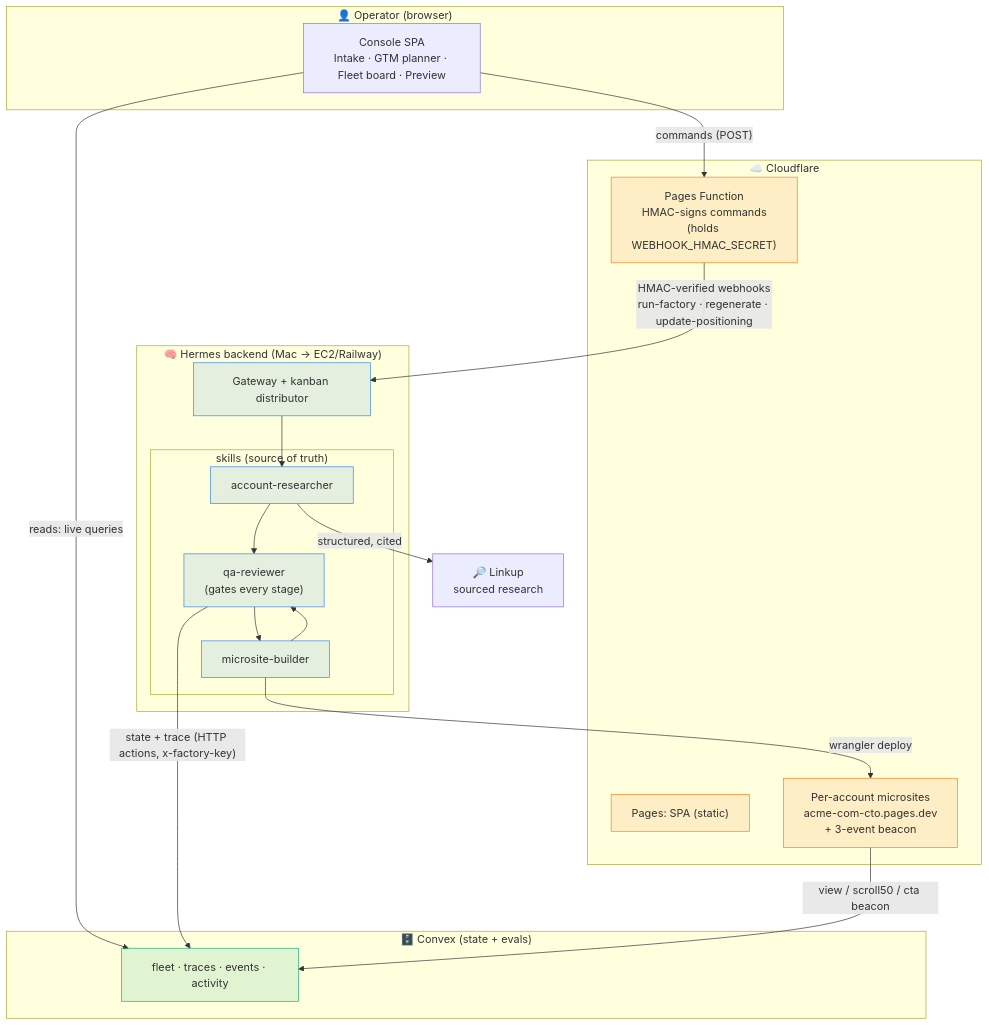
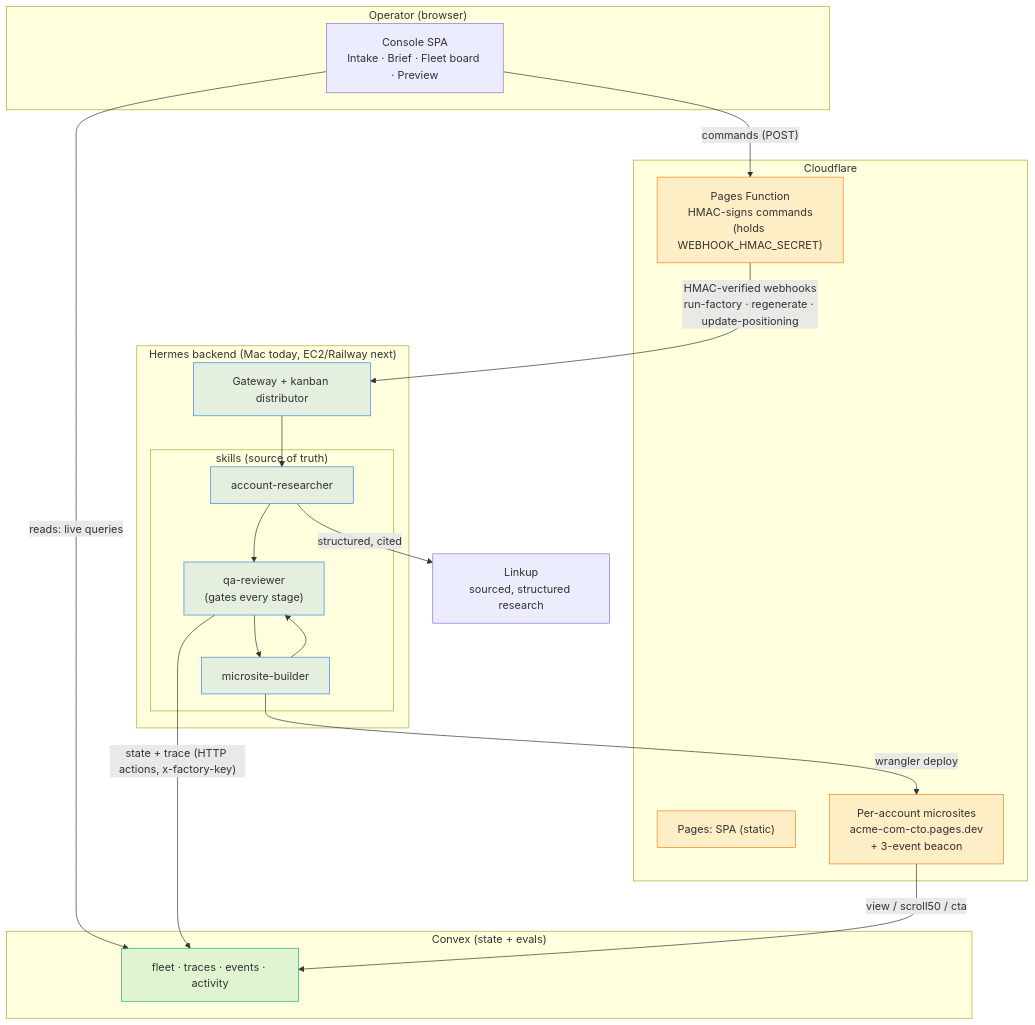
One commit to V00nikos/microsite-factory changed the second of 2 diagrams in README.md. Above: the diagram before and after it, drawn with Mermaid. The commit also changed other lines of this file and 29 other files, not shown here.

````diff
--- a/README.md
+++ b/README.md
@@ -40,45 +274,45 @@
 ```mermaid
 flowchart TB
-    subgraph Browser["👤 Operator (browser)"]
-        UI["Console SPA<br/>Intake · GTM planner · Fleet board · Preview"]
+    subgraph Browser["Operator (browser)"]
+        UI["Console SPA<br/>Intake · Brief · Fleet board · Preview"]
     end
 
-    subgraph CF["☁️ Cloudflare"]
+    subgraph CF["Cloudflare"]
         Pages["Pages: SPA (static)"]
         Fn["Pages Function<br/>HMAC-signs commands<br/>(holds WEBHOOK_HMAC_SECRET)"]
         Sites["Per-account microsites<br/>acme-com-cto.pages.dev<br/>+ 3-event beacon"]
     end
 
-    subgraph Hermes["🧠 Hermes backend (Mac → EC2/Railway)"]
+    subgraph Hermes["Hermes backend (Mac today, EC2/Railway next)"]
         GW["Gateway + kanban distributor"]
         subgraph Skills["skills (source of truth)"]
             R["account-researcher"]
             B["microsite-builder"]
             Q["qa-reviewer<br/>(gates every stage)"]
         end
         GW --> R --> Q
         Q --> B --> Q
     end
 
-    subgraph Data["🗄️ Convex (state + evals)"]
+    subgraph Data["Convex (state + evals)"]
         Fleet["fleet · traces · events · activity"]
     end
 
-    Linkup["🔎 Linkup<br/>sourced research"]
+    Linkup["Linkup<br/>sourced, structured research"]
 
     UI -- "commands (POST)" --> Fn
     Fn -- "HMAC-verified webhooks<br/>run-factory · regenerate · update-positioning" --> GW
     UI -- "reads: live queries" --> Fleet
 
     R -- "structured, cited" --> Linkup
     Q -- "state + trace (HTTP actions, x-factory-key)" --> Fleet
     B -- "wrangler deploy" --> Sites
-    Sites -- "view / scroll50 / cta beacon" --> Fleet
+    Sites -- "view / scroll50 / cta" --> Fleet
 
     classDef cf fill:#f6821f22,stroke:#f6821f;
     classDef hermes fill:#3987e522,stroke:#3987e5;
     classDef data fill:#1baf7a22,stroke:#1baf7a;
     class Pages,Fn,Sites cf;
     class GW,R,B,Q hermes;
     class Fleet data;
 ```
````
